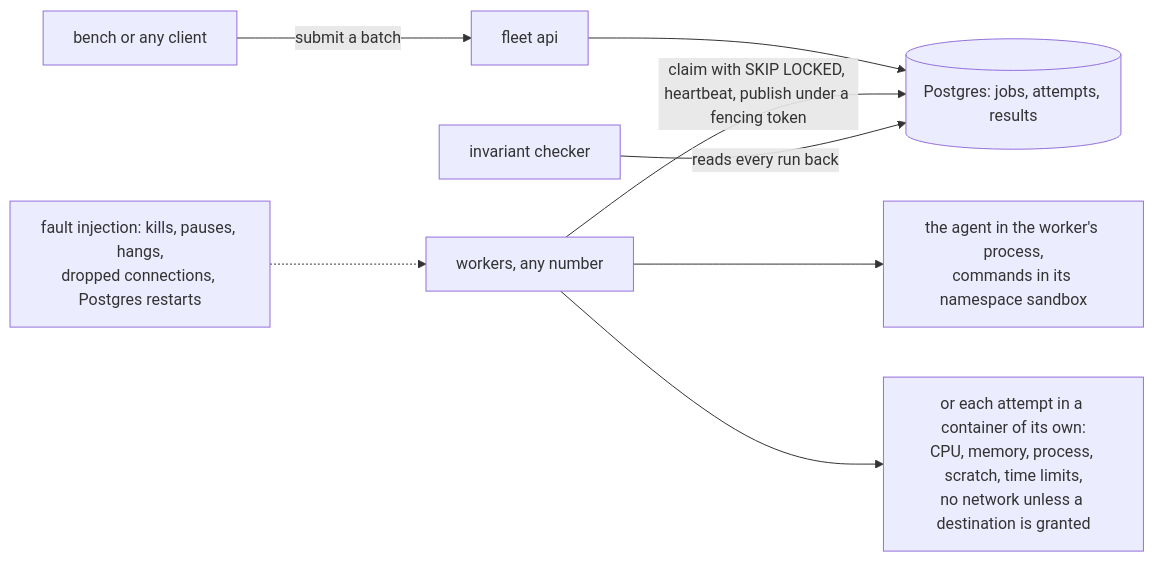
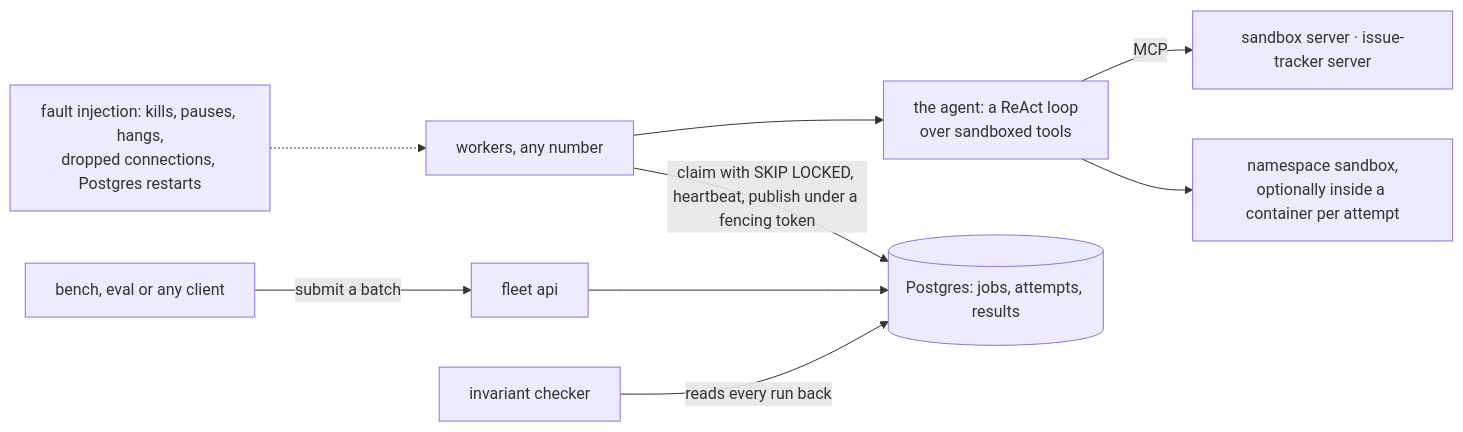
Before and after one commit to aayushhks/agentic-coding-sandbox: the diagram in README.md, drawn with Mermaid. The commit also changed other lines of this file, not shown here.

````diff
--- a/README.md
+++ b/README.md
@@ -35,10 +22,11 @@
 ```mermaid
 flowchart LR
-  Client["bench or any client"] -- "submit a batch" --> API["fleet api"]
+  Client["bench, eval or any client"] -- "submit a batch" --> API["fleet api"]
   API --> PG[("Postgres: jobs, attempts, results")]
   Workers["workers, any number"] -- "claim with SKIP LOCKED, heartbeat, publish under a fencing token" --> PG
-  Workers --> InProcess["the agent in the worker's process,<br/>commands in its namespace sandbox"]
-  Workers --> Container["or each attempt in a container of its own:<br/>CPU, memory, process, scratch, time limits,<br/>no network unless a destination is granted"]
+  Workers --> Agent["the agent: a ReAct loop<br/>over sandboxed tools"]
+  Agent --> Sandbox["namespace sandbox,<br/>optionally inside a container per attempt"]
+  Agent -- "MCP" --> Tools["sandbox server · issue-tracker server"]
   Checker["invariant checker"] -- "reads every run back" --> PG
   Faults["fault injection: kills, pauses, hangs,<br/>dropped connections, Postgres restarts"] -.-> Workers
 ```
````
